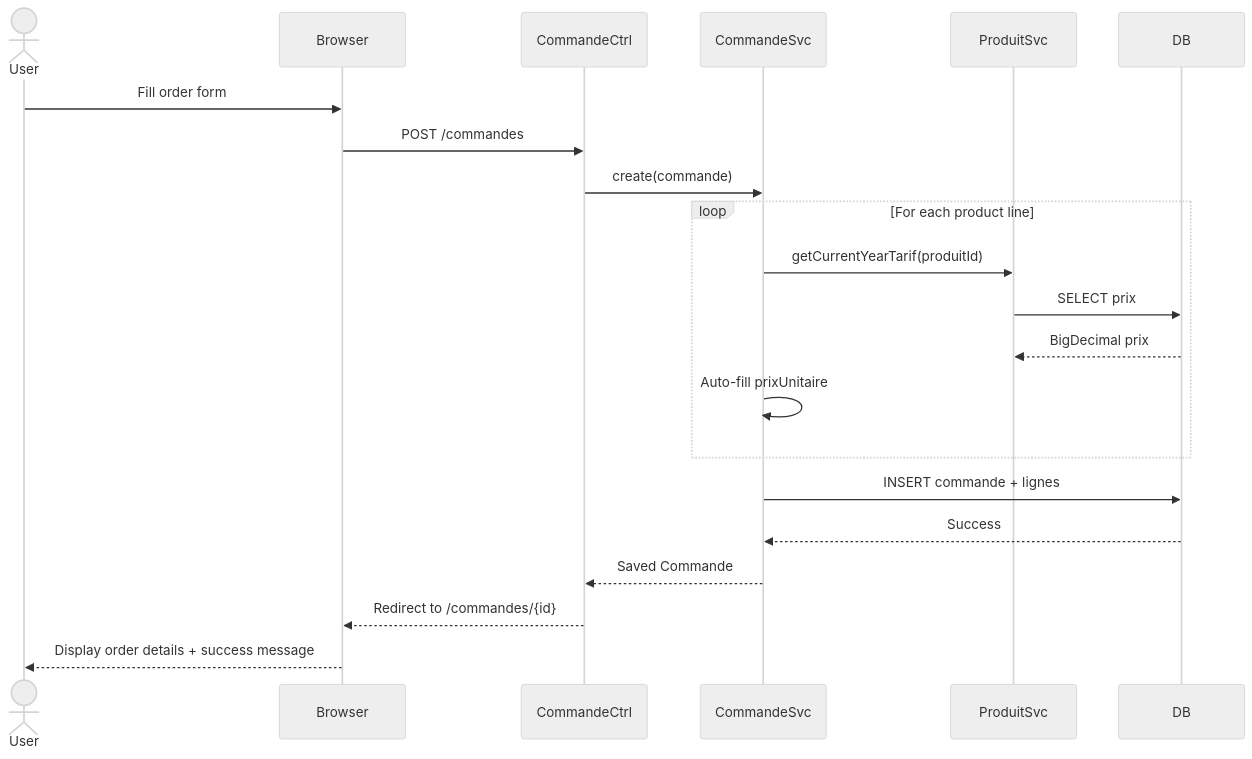
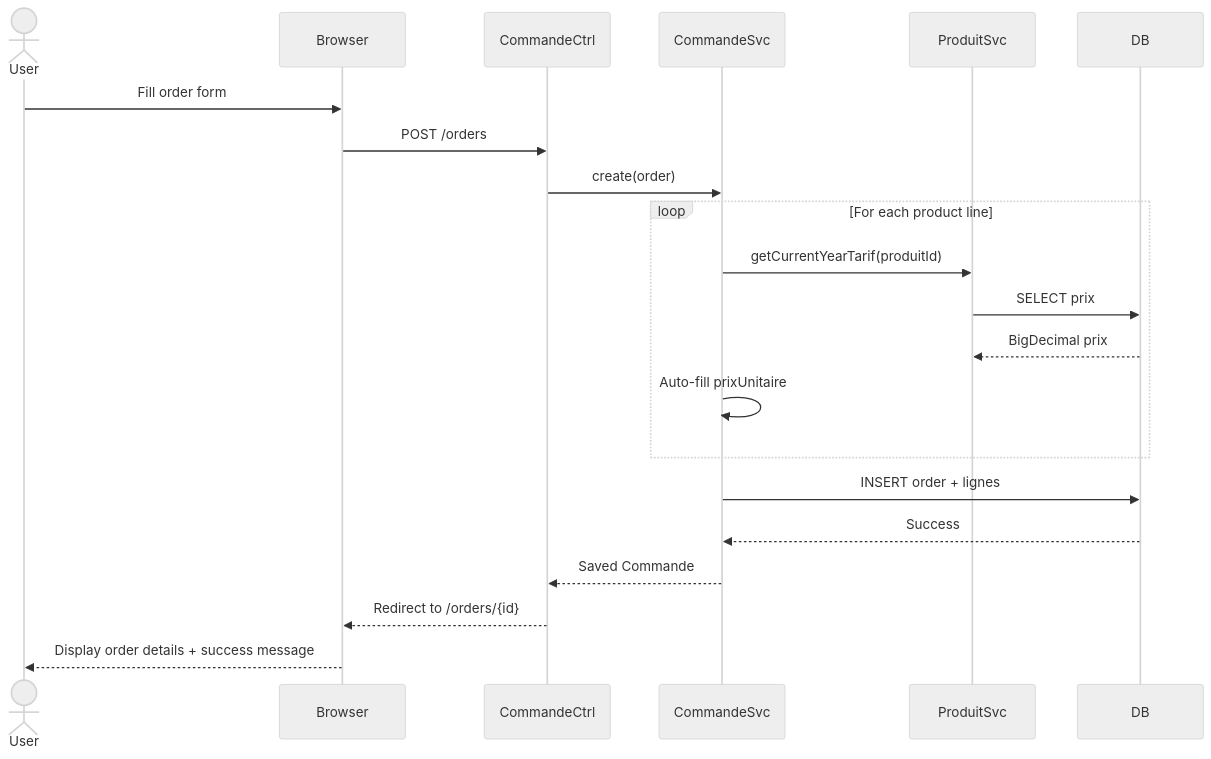
Before and after one commit to ansesolo/honeyAI: the fourth of 5 diagrams in docs/architecture.md, drawn with Mermaid (neutral theme). The commit also changed other lines of this file and 106 other files, not shown here.

````diff
--- a/docs/architecture.md
+++ b/docs/architecture.md
@@ -718,26 +718,26 @@
 ```mermaid
 sequenceDiagram
     actor User
     participant Browser
     participant CommandeCtrl
     participant CommandeSvc
     participant ProduitSvc
     participant DB
 
     User->>Browser: Fill order form
-    Browser->>CommandeCtrl: POST /commandes
-    CommandeCtrl->>CommandeSvc: create(commande)
+    Browser->>CommandeCtrl: POST /orders
+    CommandeCtrl->>CommandeSvc: create(order)
 
     loop For each product line
         CommandeSvc->>ProduitSvc: getCurrentYearTarif(produitId)
         ProduitSvc->>DB: SELECT prix
         DB-->>ProduitSvc: BigDecimal prix
         CommandeSvc->>CommandeSvc: Auto-fill prixUnitaire
     end
 
-    CommandeSvc->>DB: INSERT commande + lignes
+    CommandeSvc->>DB: INSERT order + lignes
     DB-->>CommandeSvc: Success
     CommandeSvc-->>CommandeCtrl: Saved Commande
-    CommandeCtrl-->>Browser: Redirect to /commandes/{id}
+    CommandeCtrl-->>Browser: Redirect to /orders/{id}
     Browser-->>User: Display order details + success message
 ```
````
